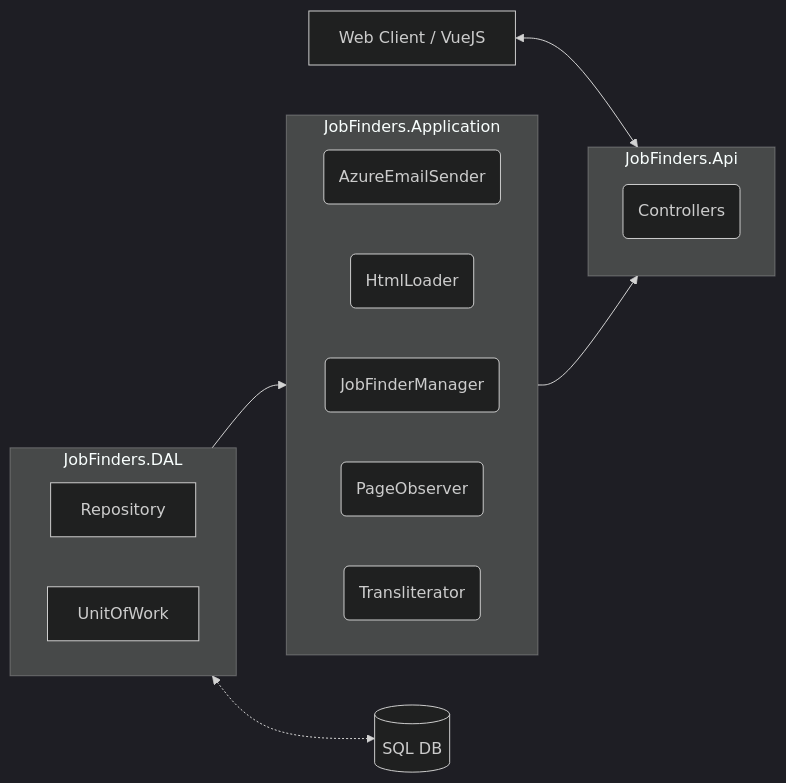
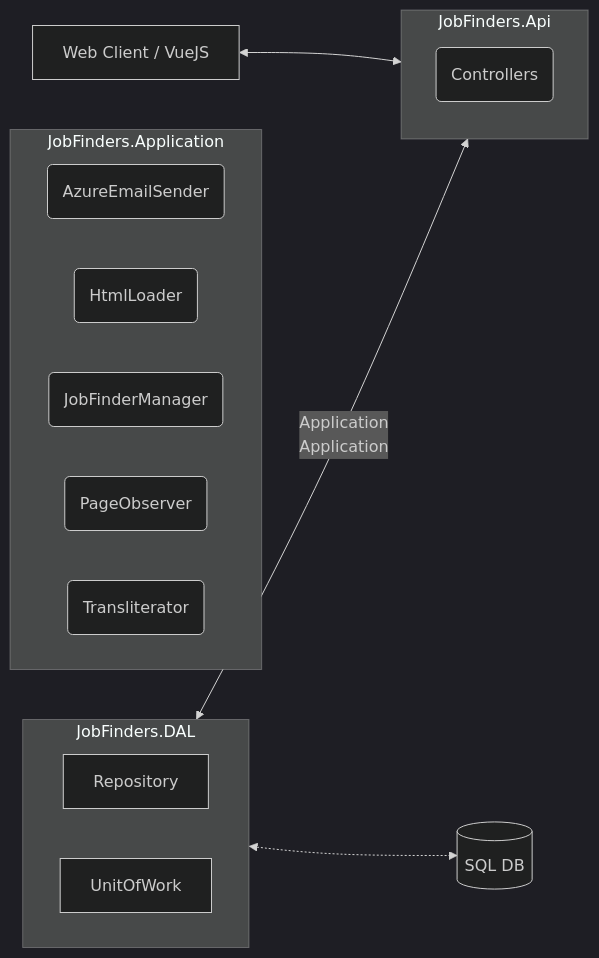
The diagram in README.md (DarthVader666666/JobFinder), drawn with Mermaid (dark theme) before and after one commit.

````diff
--- a/README.md
+++ b/README.md
@@ -1,28 +1,28 @@
 ```mermaid
 flowchart LR
   subgraph API[JobFinders.Api]
     Controllers(Controllers)
   end
 
   Client[Web Client / VueJS] <--> API
 
   subgraph Application[JobFinders.Application]
     direction LR
     AzureEmailSender(AzureEmailSender)
     HtmlLoader(HtmlLoader)
     JobFinderManager(JobFinderManager)    
     PageObserver(PageObserver)
     Transliterator(Transliterator)
   end
 
   subgraph DAL[JobFinders.DAL]
     direction LR
     Repository[Repository]
     UOW[UnitOfWork]
   end
 
-  DAL --> Application
+  DAL <-- Application
   Application --> API
 
   DAL <-.-> DB[(SQL DB)]
 ```
````
